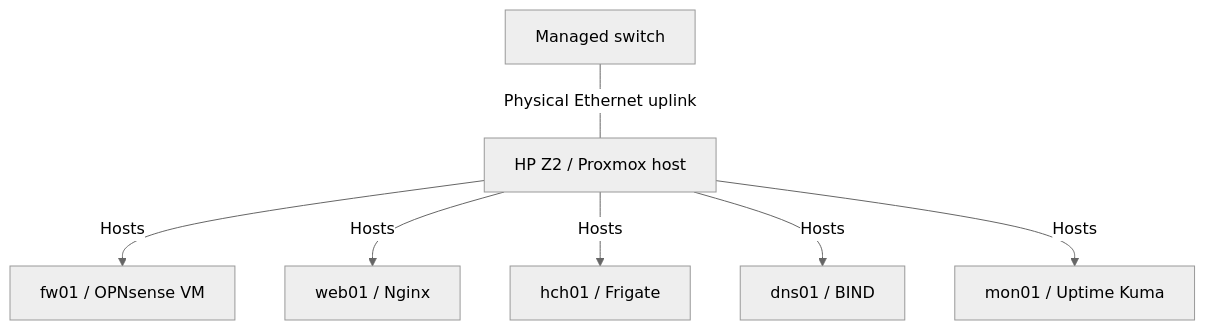
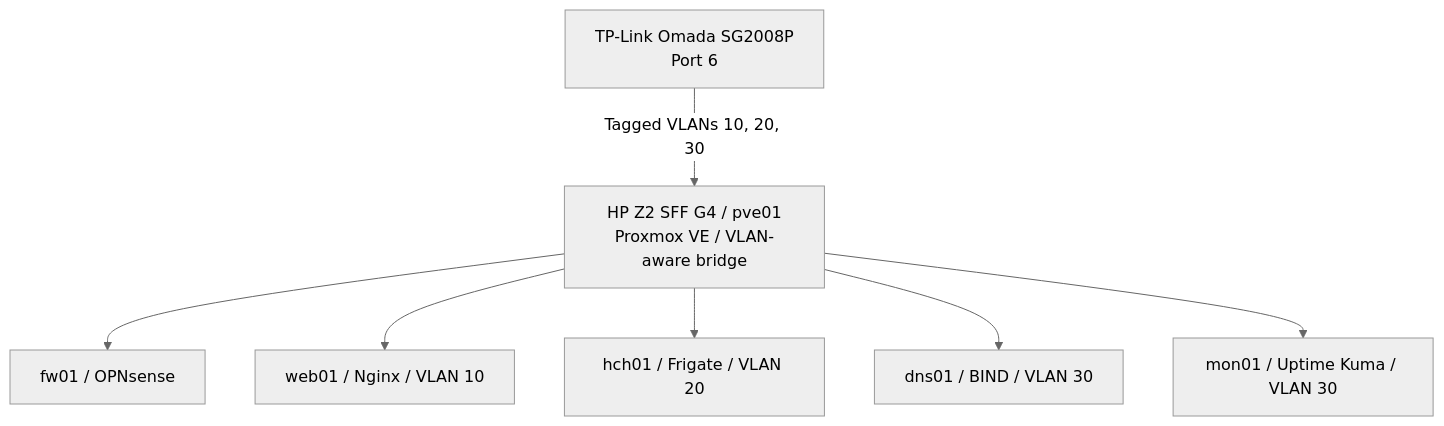
The second of 2 diagrams in docs/network-topology.md (repo-sudo/infrastructure-portfolio), drawn with Mermaid (neutral theme) before and after one commit. The commit also changed other lines of this file, not shown here.

````diff
--- a/docs/network-topology.md
+++ b/docs/network-topology.md
@@ -23,9 +26,12 @@
 ```mermaid
 flowchart TB
-    switch["Managed switch"] ---|Physical Ethernet uplink| host["HP Z2 / Proxmox host"]
-    host -->|Hosts| firewall["fw01 / OPNsense VM"]
-    host -->|Hosts| web["web01 / Nginx"]
-    host -->|Hosts| control["hch01 / Frigate"]
-    host -->|Hosts| dns["dns01 / BIND"]
-    host -->|Hosts| monitor["mon01 / Uptime Kuma"]
+    switch["TP-Link Omada SG2008P<br/>Port 6"]
+    host["HP Z2 SFF G4 / pve01<br/>Proxmox VE / VLAN-aware bridge"]
+
+    switch -->|"Tagged VLANs 10, 20, 30"| host
+    host --> fw["fw01 / OPNsense"]
+    host --> web["web01 / Nginx / VLAN 10"]
+    host --> hch["hch01 / Frigate / VLAN 20"]
+    host --> dns["dns01 / BIND / VLAN 30"]
+    host --> mon["mon01 / Uptime Kuma / VLAN 30"]
 ```
````
